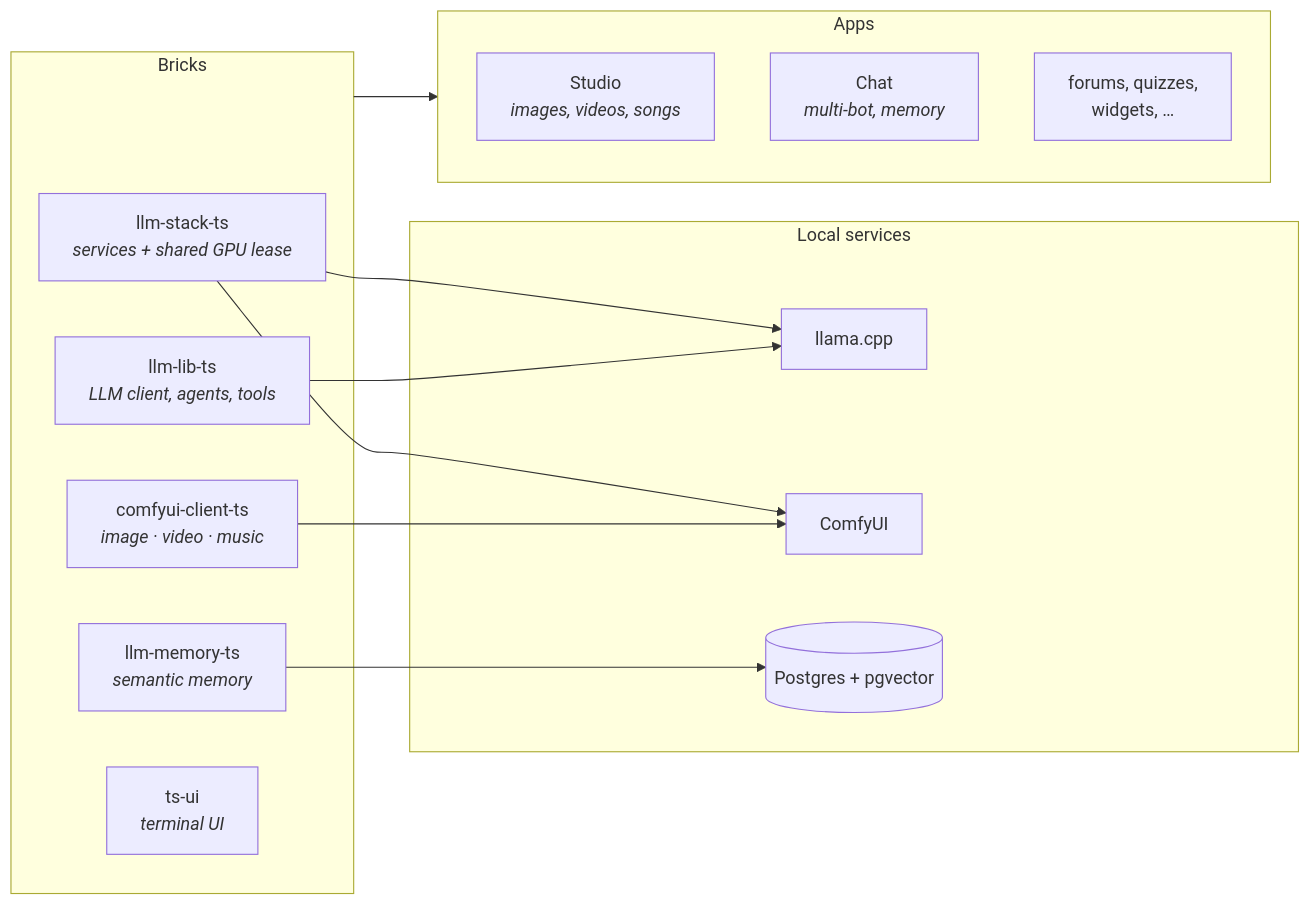
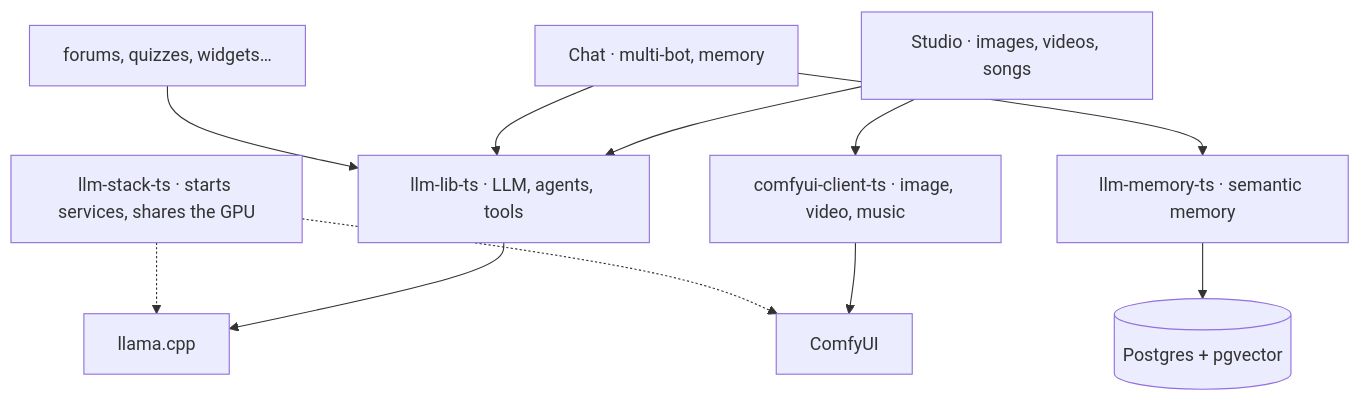
Before and after one commit to tivins/tivins: the diagram in README.md, drawn with Mermaid.

Commit message:
Simplify the profile stack diagram
- Draw the Mermaid diagram top-down with direct edges from apps to
  bricks to services, so GitHub renders it at a readable size.
- Thanks to Claude Opus 5.5

````diff
--- a/README.md
+++ b/README.md
@@ -8,25 +8,11 @@
 ```mermaid
-flowchart LR
-  subgraph Bricks
-    stack[llm-stack-ts<br><i>services + shared GPU lease</i>]
-    lib[llm-lib-ts<br><i>LLM client, agents, tools</i>]
-    mem[llm-memory-ts<br><i>semantic memory</i>]
-    comfy[comfyui-client-ts<br><i>image · video · music</i>]
-    ui[ts-ui<br><i>terminal UI</i>]
-  end
-  subgraph Local services
-    llama[llama.cpp]
-    comfyui[ComfyUI]
-    pg[(Postgres + pgvector)]
-  end
-  subgraph Apps
-    studio[Studio<br><i>images, videos, songs</i>]
-    chat[Chat<br><i>multi-bot, memory</i>]
-    more[forums, quizzes,<br>widgets, …]
-  end
-  stack --> llama & comfyui
-  lib --> llama
-  comfy --> comfyui
-  mem --> pg
-  Bricks --> Apps
+flowchart TB
+  studio["Studio · images, videos, songs"] & chat["Chat · multi-bot, memory"] & more["forums, quizzes, widgets…"]
+  studio & chat & more --> lib["llm-lib-ts · LLM, agents, tools"]
+  studio --> comfy["comfyui-client-ts · image, video, music"]
+  chat --> mem["llm-memory-ts · semantic memory"]
+  lib --> llama["llama.cpp"]
+  comfy --> comfyui["ComfyUI"]
+  mem --> pg[("Postgres + pgvector")]
+  stack["llm-stack-ts · starts services, shares the GPU"] -.-> llama & comfyui
 ```
````
